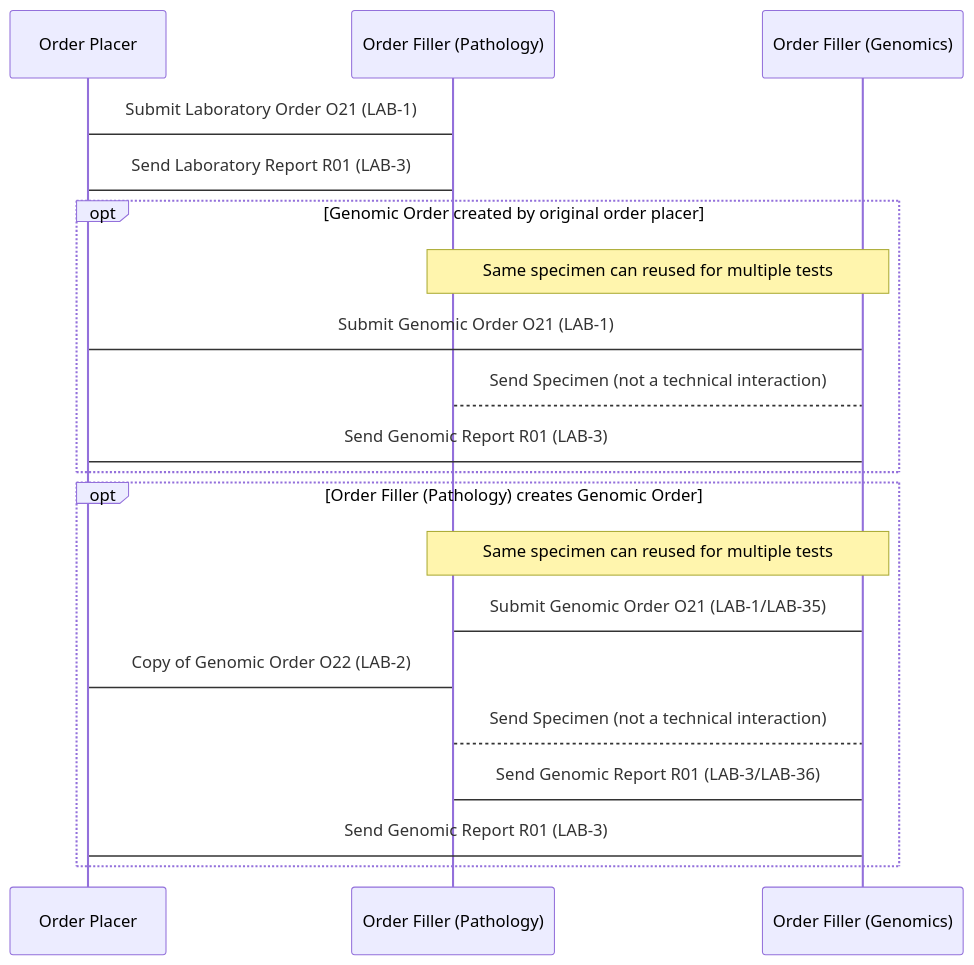
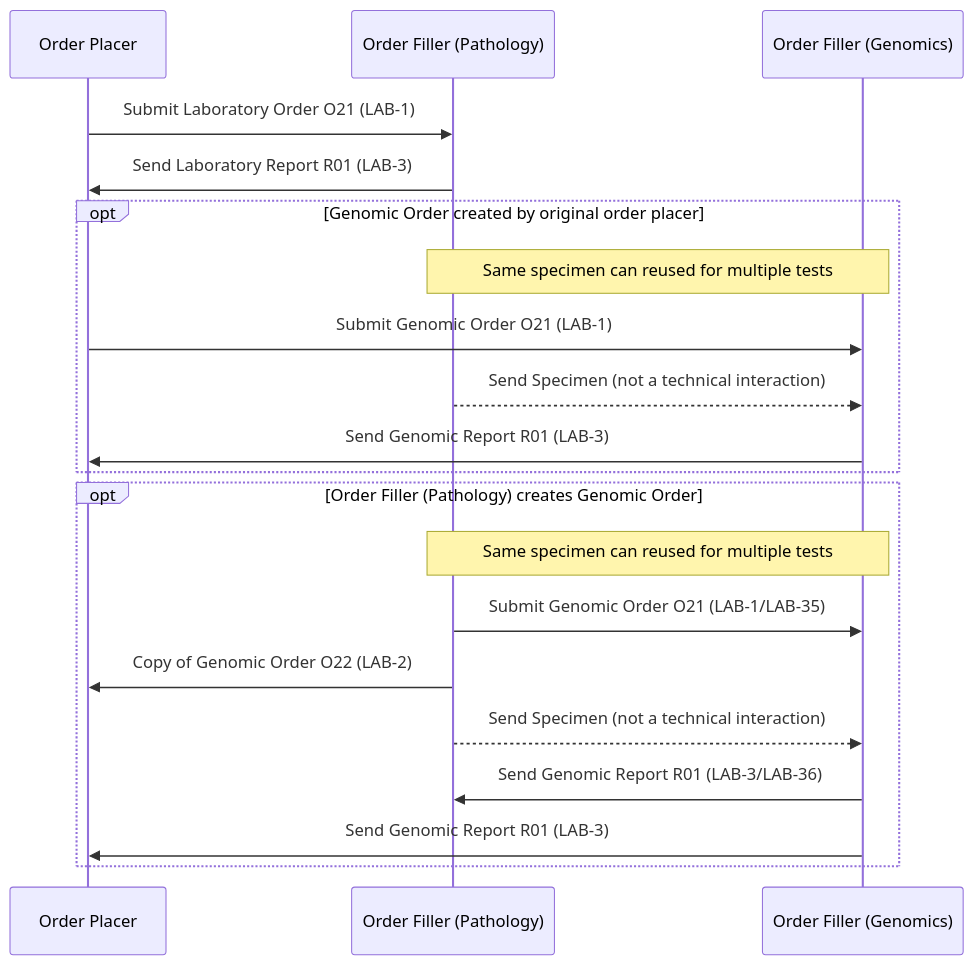
The third of 7 diagrams in input/pagecontent/ILW.md (nw-gmsa/nw-gmsa.github.com), drawn with Mermaid before and after one commit. The commit also changed other lines of this file and 2 other files, not shown here.

Commit message:
Removed non published plantuml and markdown

````diff
--- a/input/pagecontent/ILW.md
+++ b/input/pagecontent/ILW.md
@@ -154,31 +154,31 @@
 ```mermaid
 sequenceDiagram
 
 
 participant EPR as Order Placer
 participant LIMSP as Order Filler (Pathology)
 participant LIMSG as Order Filler (Genomics)
 
 
-EPR -> LIMSP: Submit Laboratory Order O21 (LAB-1)
-LIMSP -> EPR: Send Laboratory Report R01 (LAB-3)
+EPR ->> LIMSP: Submit Laboratory Order O21 (LAB-1)
+LIMSP ->> EPR: Send Laboratory Report R01 (LAB-3)
 
 opt Genomic Order created by original order placer
 
 note over LIMSP,LIMSG: Same specimen can reused for multiple tests
 
-EPR -> LIMSG: Submit Genomic Order O21 (LAB-1)
-LIMSP --> LIMSG: Send Specimen (not a technical interaction)
-LIMSG -> EPR: Send Genomic Report R01 (LAB-3)
+EPR ->> LIMSG: Submit Genomic Order O21 (LAB-1)
+LIMSP -->> LIMSG: Send Specimen (not a technical interaction)
+LIMSG ->> EPR: Send Genomic Report R01 (LAB-3)
 end
 
 opt Order Filler (Pathology) creates Genomic Order
 note over LIMSP,LIMSG: Same specimen can reused for multiple tests
 
-LIMSP -> LIMSG: Submit Genomic Order O21 (LAB-1/LAB-35)
-LIMSP -> EPR: Copy of Genomic Order O22 (LAB-2)
-LIMSP --> LIMSG: Send Specimen (not a technical interaction)
-LIMSG -> LIMSP: Send Genomic Report R01 (LAB-3/LAB-36)
-LIMSG -> EPR: Send Genomic Report R01 (LAB-3)
+LIMSP ->> LIMSG: Submit Genomic Order O21 (LAB-1/LAB-35)
+LIMSP ->> EPR: Copy of Genomic Order O22 (LAB-2)
+LIMSP -->> LIMSG: Send Specimen (not a technical interaction)
+LIMSG ->> LIMSP: Send Genomic Report R01 (LAB-3/LAB-36)
+LIMSG ->> EPR: Send Genomic Report R01 (LAB-3)
 end
 ```
````
